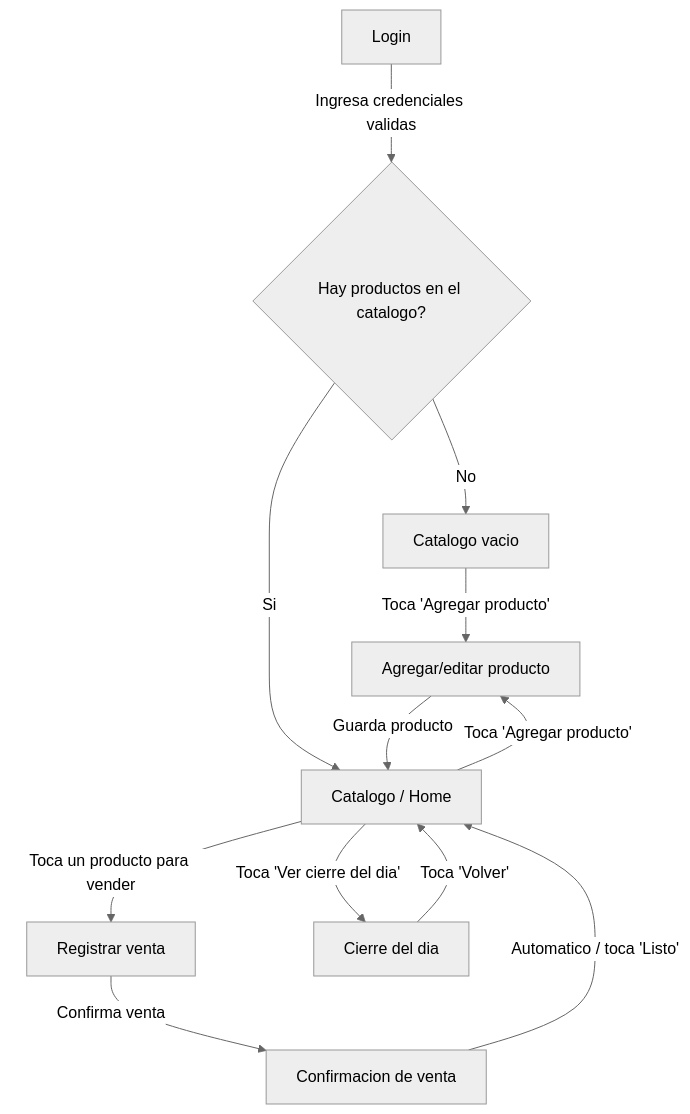
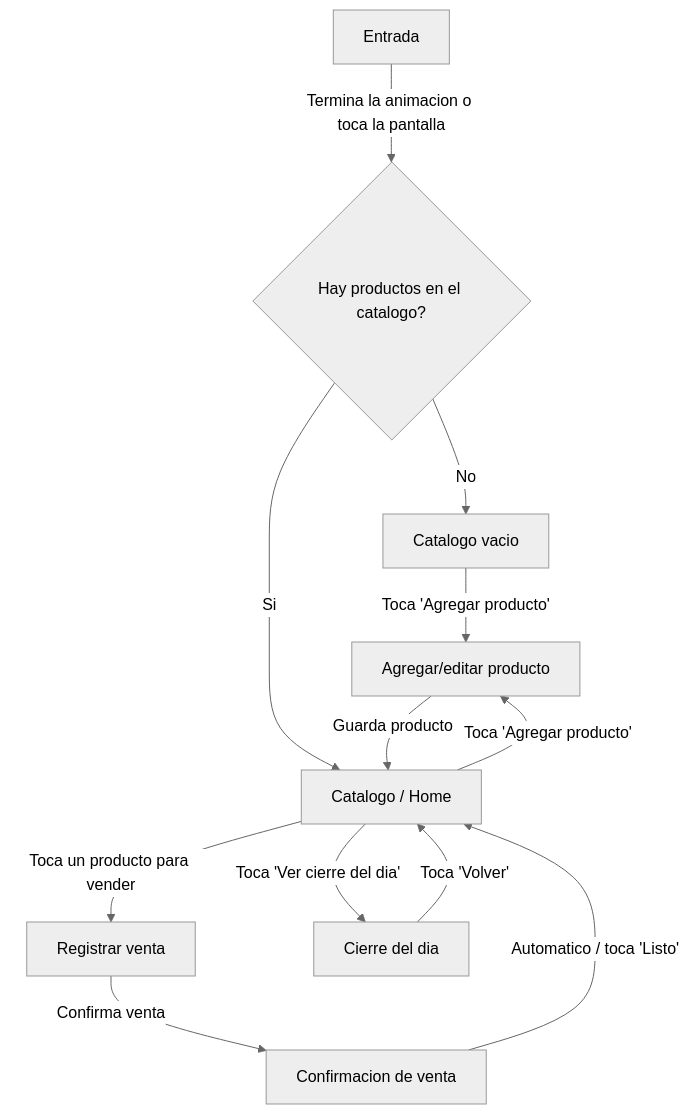
The diagram in docs/pantallas-navegacion-mvp.md (MoyseSac/pdm2026d-equipo-01-cabal), drawn with Mermaid (neutral theme) before and after one commit. The commit also changed other lines of this file and 3 other files, not shown here.

Commit message:
docs: registrar el diseno de la pantalla de entrada y actualizar las pruebas manuales (#92)

````diff
--- a/docs/pantallas-navegacion-mvp.md
+++ b/docs/pantallas-navegacion-mvp.md
@@ -35,17 +36,17 @@
 ```mermaid
 flowchart TD
-    L[Login] -->|Ingresa credenciales validas| A{"Hay productos en el catalogo?"}
+    L[Entrada] -->|Termina la animacion o toca la pantalla| A{"Hay productos en el catalogo?"}
     A -->|No| B[Catalogo vacio]
     A -->|Si| C[Catalogo / Home]
 
     B -->|Toca 'Agregar producto'| D[Agregar/editar producto]
     D -->|Guarda producto| C
 
     C -->|Toca 'Agregar producto'| D
     C -->|Toca un producto para vender| E[Registrar venta]
     E -->|Confirma venta| F[Confirmacion de venta]
     F -->|Automatico / toca 'Listo'| C
 
     C -->|Toca 'Ver cierre del dia'| G[Cierre del dia]
     G -->|Toca 'Volver'| C
 ```
````
